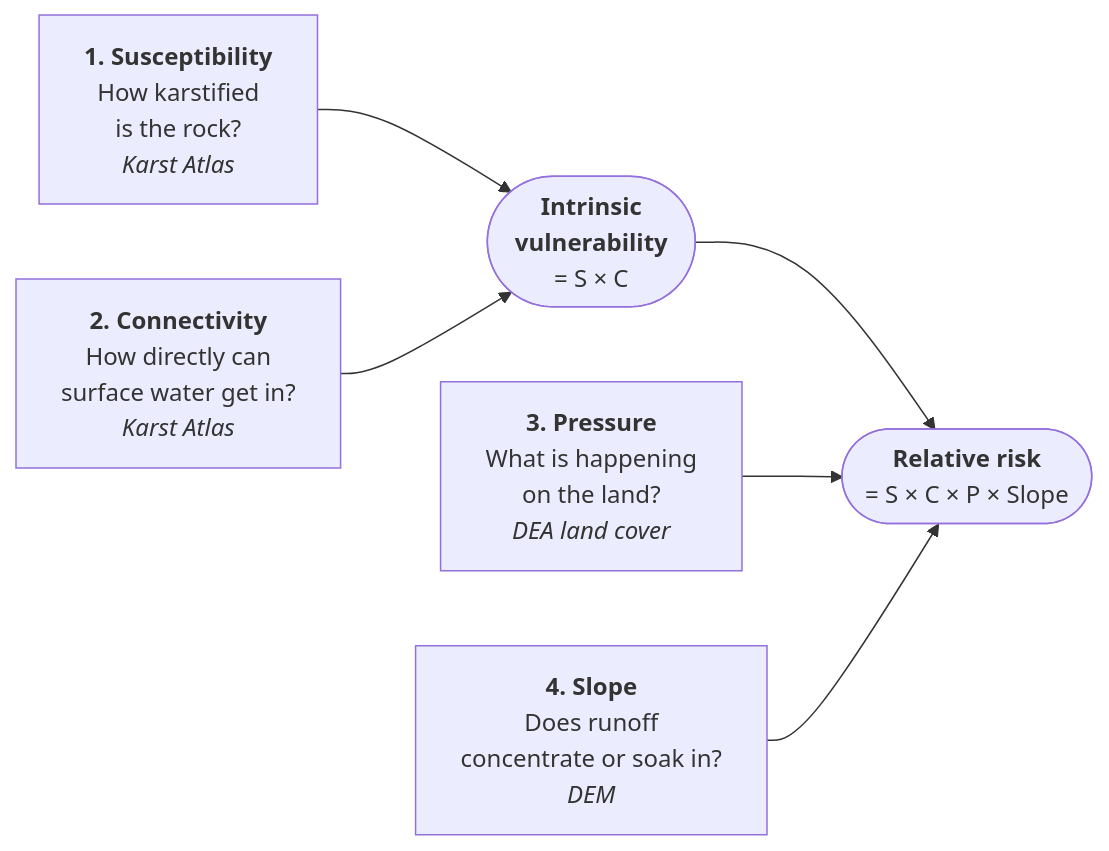
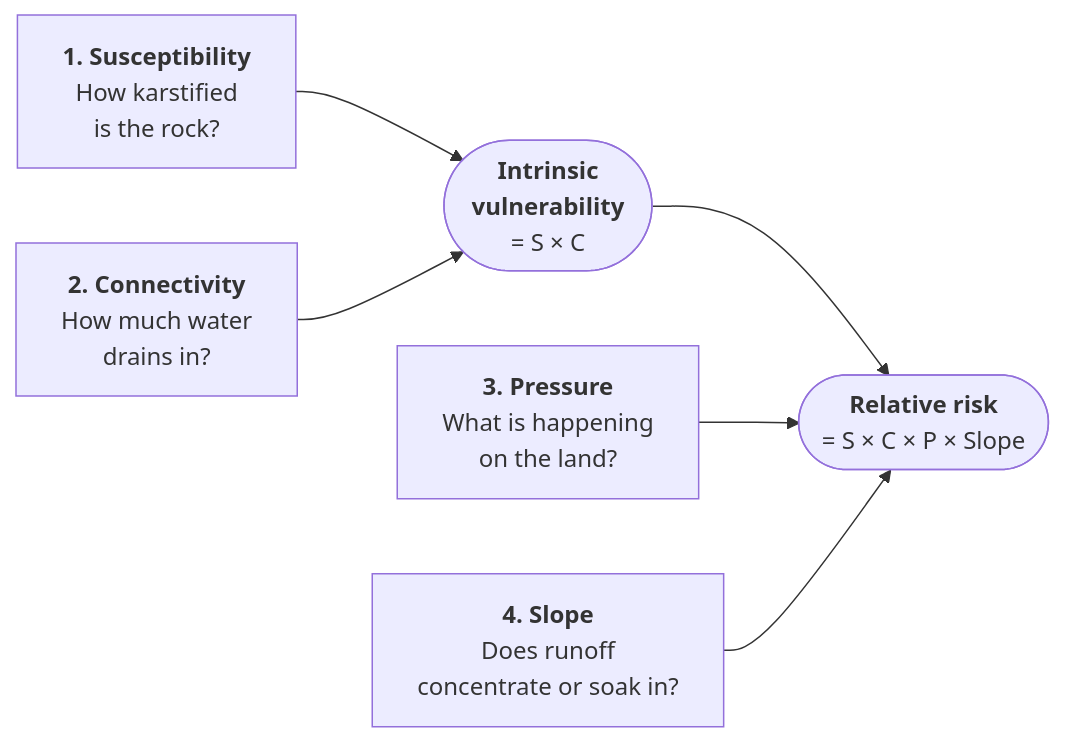
The diagram in methods.md (University-of-Tasmania-GPSS/AT3_Group3_2026), drawn with Mermaid before and after one commit. The commit also changed other lines of this file and 27 other files, not shown here.

````diff
--- a/methods.md
+++ b/methods.md
@@ -9,9 +12,9 @@
 ```{mermaid}
 flowchart LR
-    A["<b>1. Susceptibility</b><br/>How karstified<br/>is the rock?<br/><i>Karst Atlas</i>"] --> I
-    B["<b>2. Connectivity</b><br/>How directly can<br/>surface water get in?<br/><i>Karst Atlas</i>"] --> I
+    A["<b>1. Susceptibility</b><br/>How karstified<br/>is the rock?<br/>"] --> I
+    B["<b>2. Connectivity</b><br/>How much water<br/>drains in?<br/>"] --> I
     I(["<b>Intrinsic<br/>vulnerability</b><br/>= S × C"]) --> R
-    C["<b>3. Pressure</b><br/>What is happening<br/>on the land?<br/><i>DEA land cover</i>"] --> R
-    D["<b>4. Slope</b><br/>Does runoff<br/>concentrate or soak in?<br/><i>DEM</i>"] --> R
-    R(["<b>Relative risk</b><br/>= S × C × P × Slope"])
+    C["<b>3. Pressure</b><br/>What is happening<br/>on the land?<br/>"] --> R
+    D["<b>4. Slope</b><br/>Does runoff<br/>concentrate or soak in?<br/>"] --> R
+    R(["<b>Relative risk</b><br/>= S × C × P × Slope<br/>"])
 ```
````
